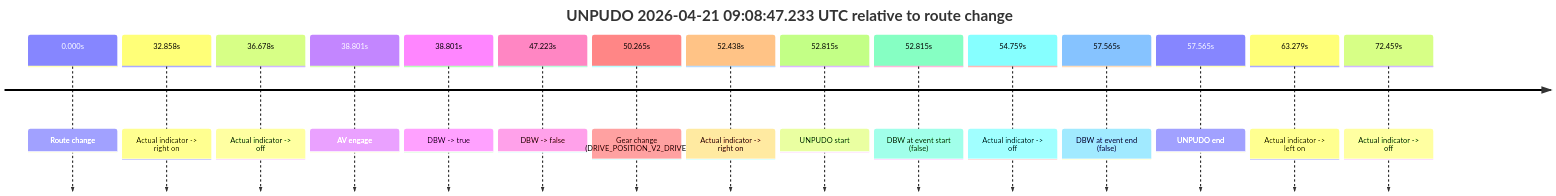
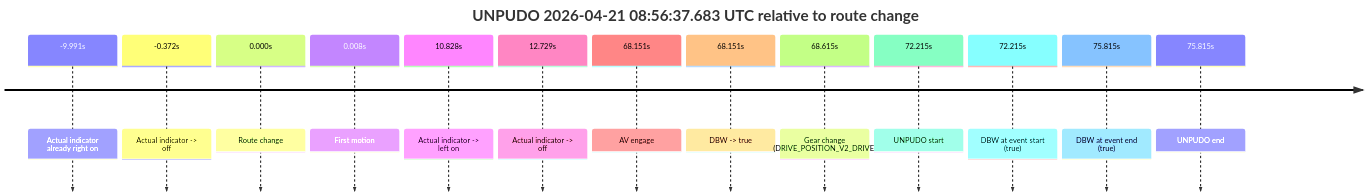
Before and after one commit to yoelshapiro/vault: the first of 2 diagrams in model_analysis/report_cards/2026/04/Week-4/fme20030--2026-04-21--08-46-46--gen2-av-42ce672b-9055-4616-ada6-7ef452149847.md, drawn with Mermaid. The commit also changed other lines of this file and 2 other files, not shown here.

````diff
--- a/model_analysis/report_cards/2026/04/Week-4/fme20030--2026-04-21--08-46-46--gen2-av-42ce672b-9055-4616-ada6-7ef452149847.md
+++ b/model_analysis/report_cards/2026/04/Week-4/fme20030--2026-04-21--08-46-46--gen2-av-42ce672b-9055-4616-ada6-7ef452149847.md
@@ -135,19 +46,17 @@
 ```mermaid
 timeline
-    title UNPUDO 2026-04-21 09:08:47.233 UTC relative to route change
+    title UNPUDO 2026-04-21 08:56:37.683 UTC relative to route change
+    -9.991s : Actual indicator already right on
+    -0.372s : Actual indicator -> off
     0.000s : Route change
-    32.858s : Actual indicator -> right on
-    36.678s : Actual indicator -> off
-    38.801s : AV engage
-    38.801s : DBW -> true
-    47.223s : DBW -> false
-    50.265s : Gear change (DRIVE_POSITION_V2_DRIVE)
-    52.438s : Actual indicator -> right on
-    52.815s : UNPUDO start
-    52.815s : DBW at event start (false)
-    54.759s : Actual indicator -> off
-    57.565s : DBW at event end (false)
-    57.565s : UNPUDO end
-    63.279s : Actual indicator -> left on
-    72.459s : Actual indicator -> off
+    0.008s : First motion
+    10.828s : Actual indicator -> left on
+    12.729s : Actual indicator -> off
+    68.151s : AV engage
+    68.151s : DBW -> true
+    68.615s : Gear change (DRIVE_POSITION_V2_DRIVE)
+    72.215s : UNPUDO start
+    72.215s : DBW at event start (true)
+    75.815s : DBW at event end (true)
+    75.815s : UNPUDO end
 ```
````
